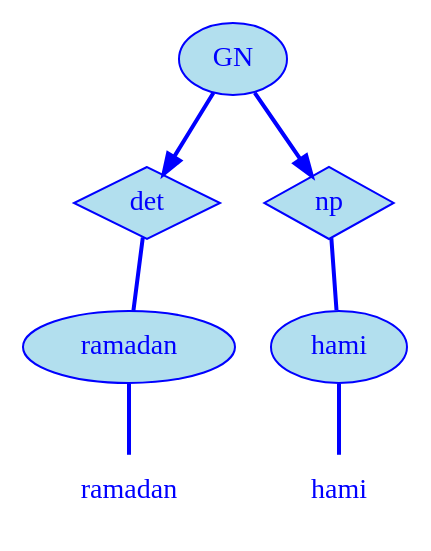
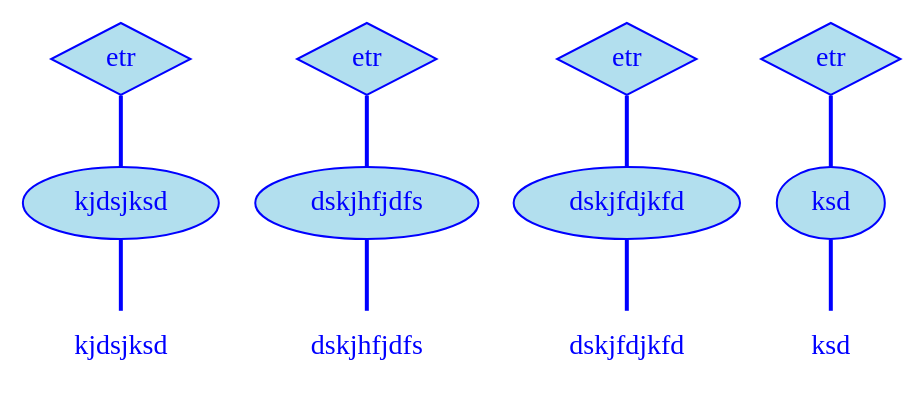
The diagram in version-3.0.0/js/mc1s1.dot (oualid13/MacaWeb), drawn with Graphviz before and after one commit. The commit also changed 10 other files, not shown here.

```diff
--- a/version-3.0.0/js/mc1s1.dot
+++ b/version-3.0.0/js/mc1s1.dot
@@ -1,17 +1,24 @@
 digraph g {
 	node [label="\N"];
-	graph [bb="0,0,192,252"];
-	"mc1s1_t1#token84" [label=ramadan, shape=plaintext, fillcolor=lightblue2, fontcolor=blue, pos="53,18", width="1.06", height="0.50"];
-	"mc1s1_W1#wordmc1s1_t1#token" [label=ramadan, shape=ellipse, fillcolor=lightblue2, fontcolor=blue, color=blue, style=filled, pos="53,90", width="1.47", height="0.50"];
-	"mc1s1_P10#pos" [label=det, shape=diamond, fillcolor=lightblue2, fontcolor=blue, color=blue, style=filled, pos="69,162", width="0.75", height="0.50"];
-	"mc1s1_t3#token87" [label=hami, shape=plaintext, fillcolor=lightblue2, fontcolor=blue, pos="158,18", width="0.75", height="0.50"];
-	"mc1s1_W2#wordmc1s1_t3#token" [label=hami, shape=ellipse, fillcolor=lightblue2, fontcolor=blue, color=blue, style=filled, pos="158,90", width="0.94", height="0.50"];
-	"mc1s1_P38#pos" [label=np, shape=diamond, fillcolor=lightblue2, fontcolor=blue, color=blue, style=filled, pos="149,162", width="0.75", height="0.50"];
-	"mc1s1_chk0#chunk" [label=GN, fillcolor=lightblue2, fontcolor=blue, color=blue, style=filled, arrowhead=doubleoctagon, pos="109,234", width="0.75", height="0.50"];
-	"mc1s1_W1#wordmc1s1_t1#token" -> "mc1s1_t1#token84" [arrowhead=none, color=blue, fontcolor=blue, style=bold, minlen=1, pos="53,72 53,61 53,47 53,36"];
-	"mc1s1_P10#pos" -> "mc1s1_W1#wordmc1s1_t1#token" [arrowhead=none, color=blue, fontcolor=blue, style=bold, minlen=1, pos="65,146 63,135 60,120 57,108"];
-	"mc1s1_W2#wordmc1s1_t3#token" -> "mc1s1_t3#token87" [arrowhead=none, color=blue, fontcolor=blue, style=bold, minlen=1, pos="158,72 158,61 158,47 158,36"];
-	"mc1s1_P38#pos" -> "mc1s1_W2#wordmc1s1_t3#token" [arrowhead=none, color=blue, fontcolor=blue, style=bold, minlen=1, pos="151,145 153,134 154,119 156,108"];
-	"mc1s1_chk0#chunk" -> "mc1s1_P10#pos" [color=blue, fontcolor=blue, style=bold, minlen=1, shape=normal, pos="e,76,175 100,217 95,207 87,194 81,184"];
-	"mc1s1_chk0#chunk" -> "mc1s1_P38#pos" [color=blue, fontcolor=blue, style=bold, minlen=1, shape=normal, pos="e,142,175 118,217 123,207 131,194 137,184"];
+	graph [bb="0,0,426,180"];
+	"mc1s1_t1#token84" [label=kjdsjksd, shape=plaintext, fillcolor=lightblue2, fontcolor=blue, pos="48,18", width="0.97", height="0.50"];
+	"mc1s1_W1#wordmc1s1_t1#token" [label=kjdsjksd, shape=ellipse, fillcolor=lightblue2, fontcolor=blue, color=blue, style=filled, pos="48,90", width="1.33", height="0.50"];
+	"mc1s1_P11#pos" [label=etr, shape=diamond, fillcolor=lightblue2, fontcolor=blue, color=blue, style=filled, pos="48,162", width="0.75", height="0.50"];
+	"mc1s1_t3#token87" [label=dskjhfjdfs, shape=plaintext, fillcolor=lightblue2, fontcolor=blue, pos="169,18", width="1.11", height="0.50"];
+	"mc1s1_W2#wordmc1s1_t3#token" [label=dskjhfjdfs, shape=ellipse, fillcolor=lightblue2, fontcolor=blue, color=blue, style=filled, pos="169,90", width="1.53", height="0.50"];
+	"mc1s1_P36#pos" [label=etr, shape=diamond, fillcolor=lightblue2, fontcolor=blue, color=blue, style=filled, pos="169,162", width="0.75", height="0.50"];
+	"mc1s1_t5#token78" [label=dskjfdjkfd, shape=plaintext, fillcolor=lightblue2, fontcolor=blue, pos="298,18", width="1.11", height="0.50"];
+	"mc1s1_W3#wordmc1s1_t5#token" [label=dskjfdjkfd, shape=ellipse, fillcolor=lightblue2, fontcolor=blue, color=blue, style=filled, pos="298,90", width="1.56", height="0.50"];
+	"mc1s1_P61#pos" [label=etr, shape=diamond, fillcolor=lightblue2, fontcolor=blue, color=blue, style=filled, pos="298,162", width="0.75", height="0.50"];
+	"mc1s1_t7#token16" [label=ksd, shape=plaintext, fillcolor=lightblue2, fontcolor=blue, pos="399,18", width="0.75", height="0.50"];
+	"mc1s1_W4#wordmc1s1_t7#token" [label=ksd, shape=ellipse, fillcolor=lightblue2, fontcolor=blue, color=blue, style=filled, pos="399,90", width="0.75", height="0.50"];
+	"mc1s1_P86#pos" [label=etr, shape=diamond, fillcolor=lightblue2, fontcolor=blue, color=blue, style=filled, pos="399,162", width="0.75", height="0.50"];
+	"mc1s1_W1#wordmc1s1_t1#token" -> "mc1s1_t1#token84" [arrowhead=none, color=blue, fontcolor=blue, style=bold, minlen=1, pos="48,72 48,61 48,47 48,36"];
+	"mc1s1_P11#pos" -> "mc1s1_W1#wordmc1s1_t1#token" [arrowhead=none, color=blue, fontcolor=blue, style=bold, minlen=1, pos="48,144 48,133 48,119 48,108"];
+	"mc1s1_W2#wordmc1s1_t3#token" -> "mc1s1_t3#token87" [arrowhead=none, color=blue, fontcolor=blue, style=bold, minlen=1, pos="169,72 169,61 169,47 169,36"];
+	"mc1s1_P36#pos" -> "mc1s1_W2#wordmc1s1_t3#token" [arrowhead=none, color=blue, fontcolor=blue, style=bold, minlen=1, pos="169,144 169,133 169,119 169,108"];
+	"mc1s1_W3#wordmc1s1_t5#token" -> "mc1s1_t5#token78" [arrowhead=none, color=blue, fontcolor=blue, style=bold, minlen=1, pos="298,72 298,61 298,47 298,36"];
+	"mc1s1_P61#pos" -> "mc1s1_W3#wordmc1s1_t5#token" [arrowhead=none, color=blue, fontcolor=blue, style=bold, minlen=1, pos="298,144 298,133 298,119 298,108"];
+	"mc1s1_W4#wordmc1s1_t7#token" -> "mc1s1_t7#token16" [arrowhead=none, color=blue, fontcolor=blue, style=bold, minlen=1, pos="399,72 399,61 399,47 399,36"];
+	"mc1s1_P86#pos" -> "mc1s1_W4#wordmc1s1_t7#token" [arrowhead=none, color=blue, fontcolor=blue, style=bold, minlen=1, pos="399,144 399,133 399,119 399,108"];
 }
```
